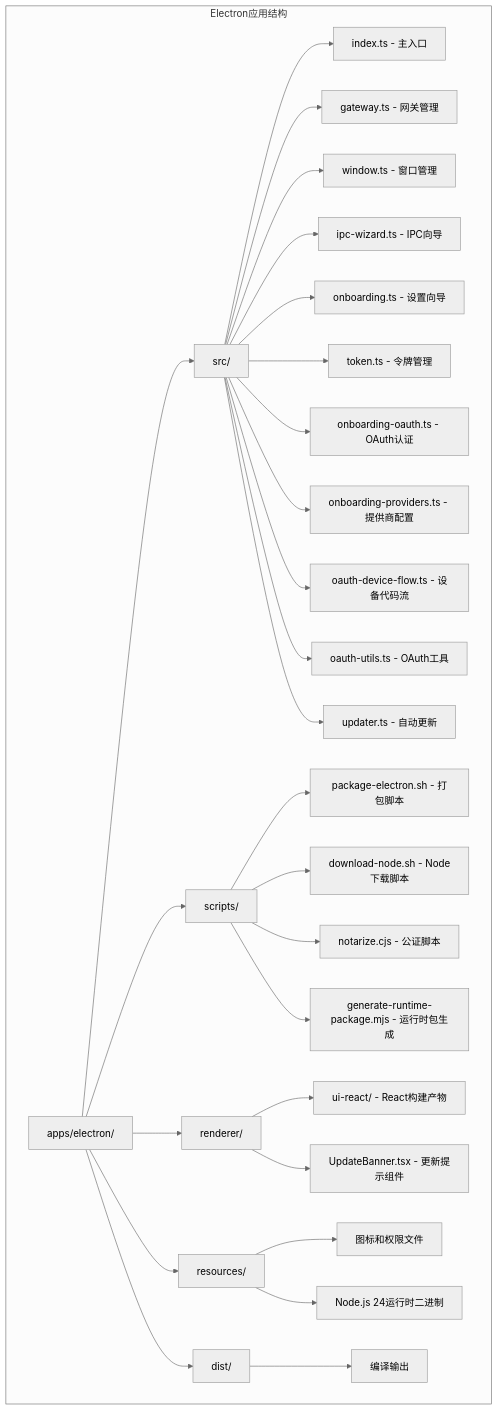
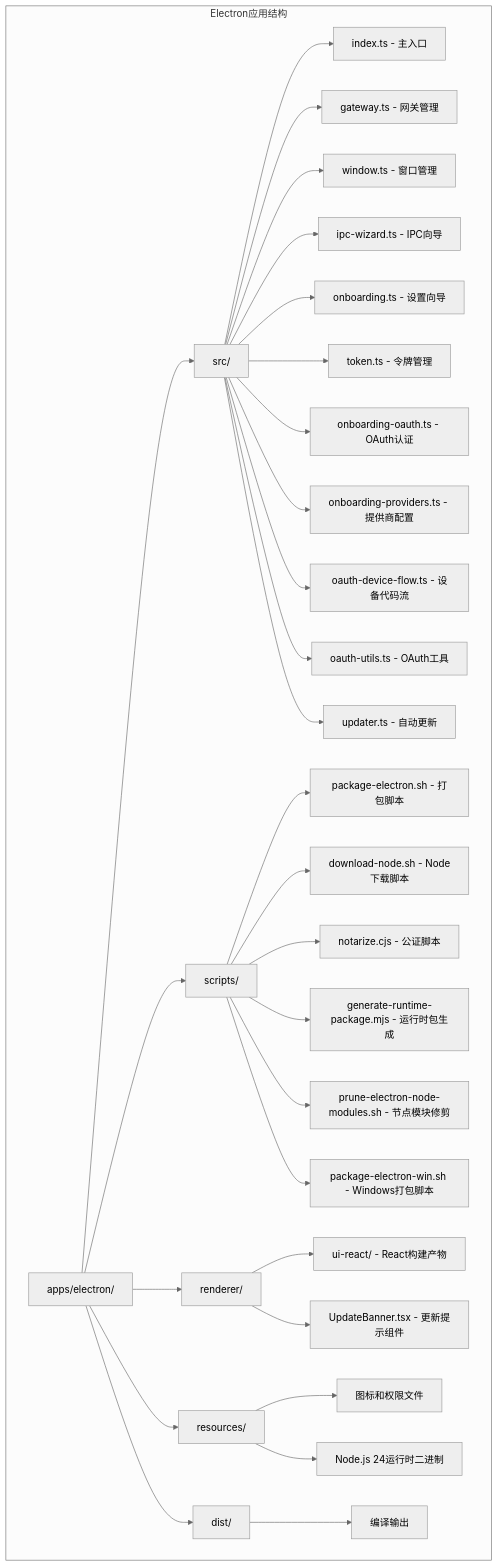
The first of 51 diagrams in .qoder/repowiki/zh/content/核心概念/Electron应用增强.md (verse-ai-org/openclaw), drawn with Mermaid (neutral theme) before and after one commit. The commit also changed other lines of this file and 14 other files, not shown here.

````diff
--- a/.qoder/repowiki/zh/content/核心概念/Electron应用增强.md
+++ b/.qoder/repowiki/zh/content/核心概念/Electron应用增强.md
@@ -122,30 +138,32 @@
 ```mermaid
 graph TB
 subgraph "Electron应用结构"
 A[apps/electron/] --> B[src/]
 A --> C[renderer/]
 A --> D[resources/]
 A --> E[dist/]
 A --> F[scripts/]
 B --> G[index.ts - 主入口]
 B --> H[gateway.ts - 网关管理]
 B --> I[window.ts - 窗口管理]
 B --> J[ipc-wizard.ts - IPC向导]
 B --> K[onboarding.ts - 设置向导]
 B --> L[token.ts - 令牌管理]
 B --> M[onboarding-oauth.ts - OAuth认证]
 B --> N[onboarding-providers.ts - 提供商配置]
 B --> O[oauth-device-flow.ts - 设备代码流]
 B --> P[oauth-utils.ts - OAuth工具]
 B --> Q[updater.ts - 自动更新]
 F --> R[package-electron.sh - 打包脚本]
 F --> S[download-node.sh - Node下载脚本]
 F --> T[notarize.cjs - 公证脚本]
 F --> U[generate-runtime-package.mjs - 运行时包生成]
-C --> V[ui-react/ - React构建产物]
-C --> W[UpdateBanner.tsx - 更新提示组件]
-D --> X[图标和权限文件]
-D --> Y[Node.js 24运行时二进制]
-E --> Z[编译输出]
+F --> V[prune-electron-node-modules.sh - 节点模块修剪]
+F --> W[package-electron-win.sh - Windows打包脚本]
+C --> X[ui-react/ - React构建产物]
+C --> Y[UpdateBanner.tsx - 更新提示组件]
+D --> Z[图标和权限文件]
+D --> AA[Node.js 24运行时二进制]
+E --> AB[编译输出]
 end
 ```
````
